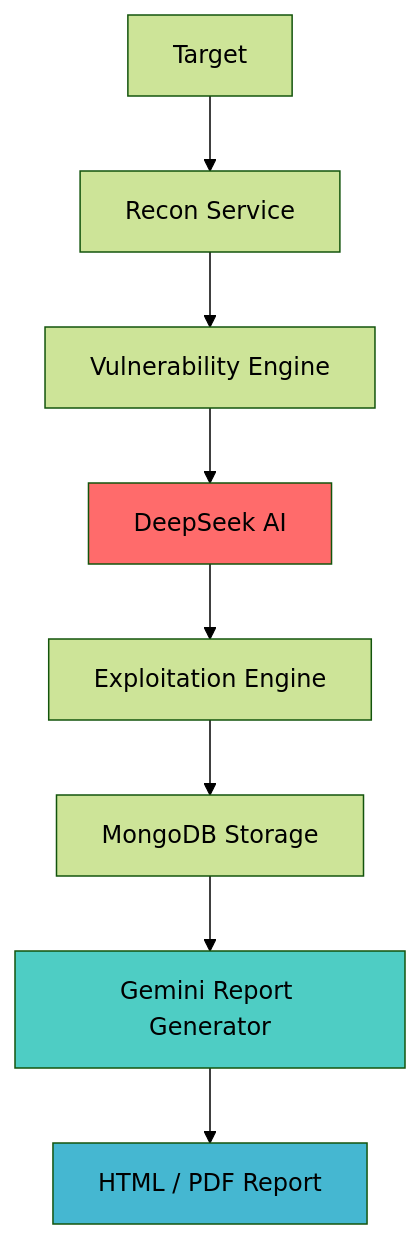
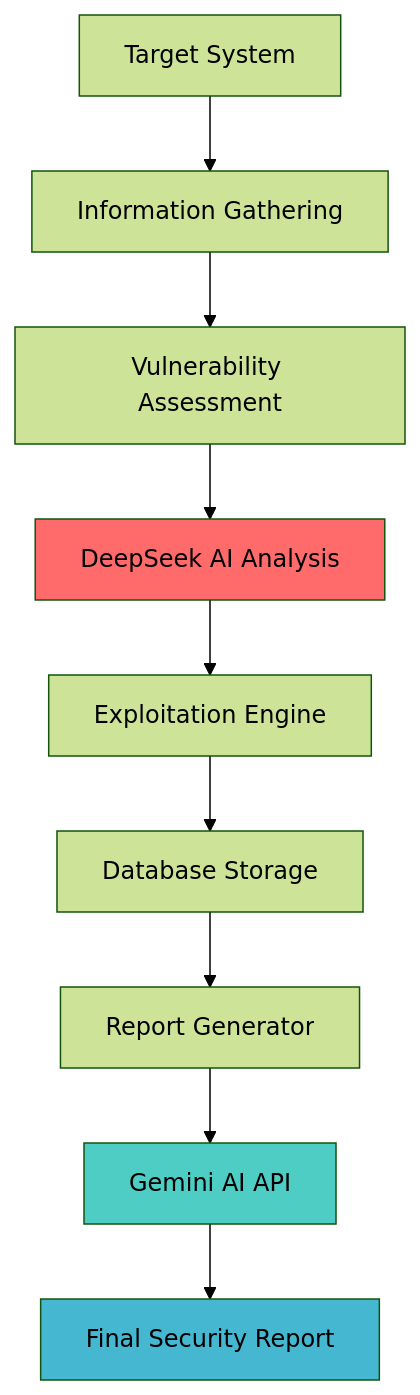
Before and after one commit to mohammad-almohatseb/cyber_guard: the diagram in README.md, drawn with Mermaid (forest theme). The commit also changed other lines of this file, not shown here.

````diff
--- a/README.md
+++ b/README.md
@@ -56,14 +53,15 @@
 ```mermaid
-graph TD
-    A[Target] --> B[Recon Service]
-    B --> C[Vulnerability Engine]
-    C --> D[DeepSeek AI]
+graph TB
+    A[Target System] --> B[Information Gathering]
+    B --> C[Vulnerability Assessment]
+    C --> D[DeepSeek AI Analysis]
     D --> E[Exploitation Engine]
-    E --> F[MongoDB Storage]
-    F --> G[Gemini Report Generator]
-    G --> H[HTML / PDF Report]
+    E --> F[Database Storage]
+    F --> G[Report Generator]
+    G --> H[Gemini AI API]
+    H --> I[Final Security Report]
     
     style D fill:#ff6b6b
-    style G fill:#4ecdc4
-    style H fill:#45b7d1
+    style H fill:#4ecdc4
+    style I fill:#45b7d1
 ```
````
